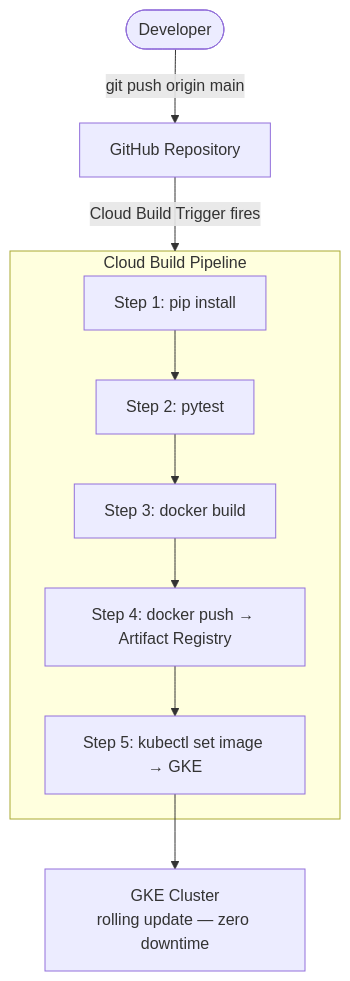
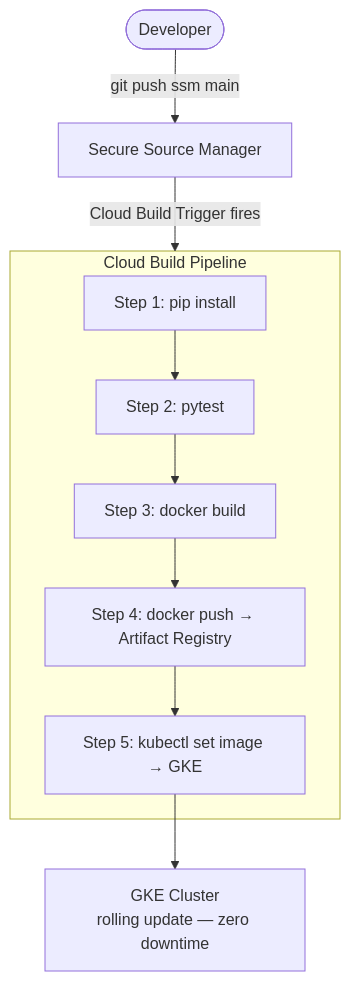
One commit to ulises-jimenez07/cc-gcp changed the first of 2 diagrams in web_app_gcp/phase4_containers/03_automated_cicd.md. Above: the diagram before and after it, drawn with Mermaid. The commit also changed other lines of this file and 1 other file, not shown here.

````diff
--- a/web_app_gcp/phase4_containers/03_automated_cicd.md
+++ b/web_app_gcp/phase4_containers/03_automated_cicd.md
@@ -5,12 +5,12 @@
 ```mermaid
 graph TD
-    Dev([Developer]) -- "git push origin main" --> GH[GitHub Repository]
-    GH -- "Cloud Build Trigger fires" --> CB
+    Dev([Developer]) -- "git push ssm main" --> SSM[Secure Source Manager]
+    SSM -- "Cloud Build Trigger fires" --> CB
     subgraph CB[Cloud Build Pipeline]
         S1["Step 1: pip install"] --> S2["Step 2: pytest"]
         S2 --> S3["Step 3: docker build"]
         S3 --> S4["Step 4: docker push → Artifact Registry"]
         S4 --> S5["Step 5: kubectl set image → GKE"]
     end
     S5 --> GKE["GKE Cluster\nrolling update — zero downtime"]
 ```
````
